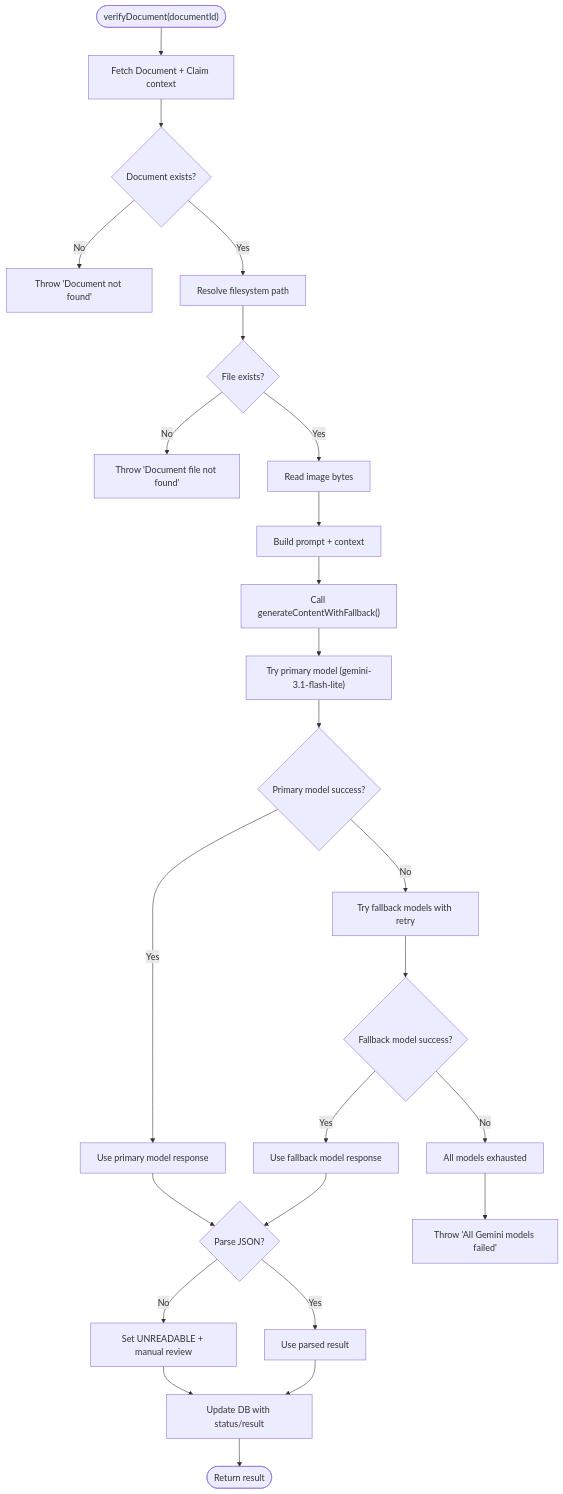
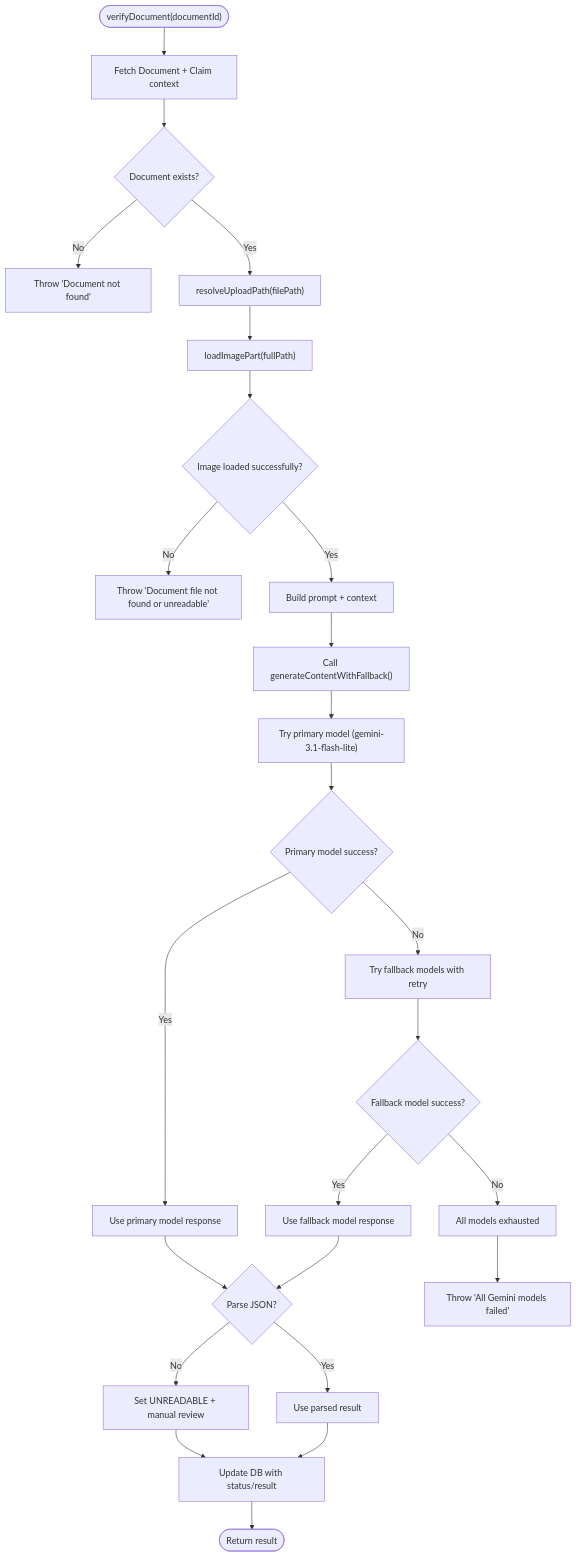
The third of 5 diagrams in .qoder/repowiki/en/content/AI Services Integration/Document Verification Service.md (NaveenHiranya/Smart-Vehicle-Insurance-Claim-System), drawn with Mermaid before and after one commit. The commit also changed other lines of this file and 33 other files, not shown here.

````diff
--- a/.qoder/repowiki/en/content/AI Services Integration/Document Verification Service.md
+++ b/.qoder/repowiki/en/content/AI Services Integration/Document Verification Service.md
@@ -183,27 +219,27 @@
 ```mermaid
 flowchart TD
 Start(["verifyDocument(documentId)"]) --> FetchDoc["Fetch Document + Claim context"]
 FetchDoc --> Exists{"Document exists?"}
 Exists -- "No" --> ErrDoc["Throw 'Document not found'"]
-Exists -- "Yes" --> ResolvePath["Resolve filesystem path"]
-ResolvePath --> FileExists{"File exists?"}
-FileExists -- "No" --> ErrFile["Throw 'Document file not found'"]
-FileExists -- "Yes" --> ReadImage["Read image bytes"]
-ReadImage --> BuildPrompt["Build prompt + context"]
+Exists -- "Yes" --> ResolvePath["resolveUploadPath(filePath)"]
+ResolvePath --> LoadImage["loadImagePart(fullPath)"]
+LoadImage --> ImageAvailable{"Image loaded successfully?"}
+ImageAvailable -- "No" --> ErrFile["Throw 'Document file not found or unreadable'"]
+ImageAvailable -- "Yes" --> BuildPrompt["Build prompt + context"]
 BuildPrompt --> CallFallback["Call generateContentWithFallback()"]
 CallFallback --> TryPrimary["Try primary model (gemini-3.1-flash-lite)"]
 TryPrimary --> PrimarySuccess{"Primary model success?"}
 PrimarySuccess -- "Yes" --> UsePrimary["Use primary model response"]
 PrimarySuccess -- "No" --> TryFallback["Try fallback models with retry"]
 TryFallback --> FallbackSuccess{"Fallback model success?"}
 FallbackSuccess -- "Yes" --> UseFallback["Use fallback model response"]
 FallbackSuccess -- "No" --> AllFailed["All models exhausted"]
 UsePrimary --> ParseJSON{"Parse JSON?"}
 UseFallback --> ParseJSON
 AllFailed --> ThrowError["Throw 'All Gemini models failed'"]
 ParseJSON -- "No" --> Fallback["Set UNREADABLE + manual review"]
 ParseJSON -- "Yes" --> UseResult["Use parsed result"]
 Fallback --> Save["Update DB with status/result"]
 UseResult --> Save
 Save --> End(["Return result"])
 ```
````
